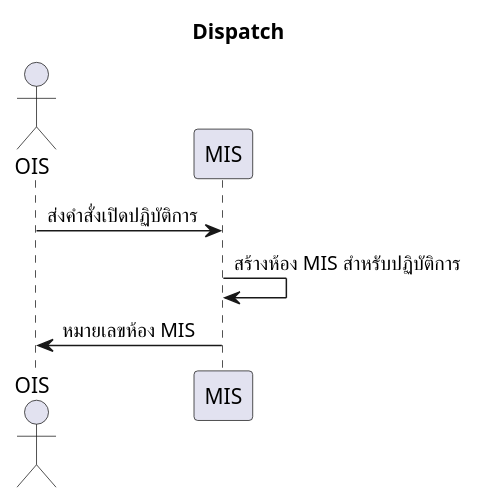
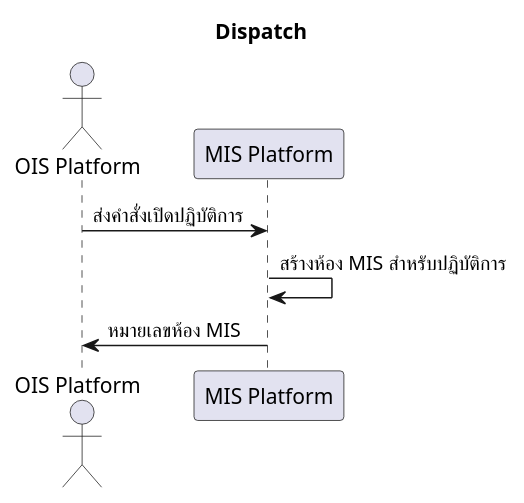
The diagram in uml/create_dispatch.plantuml (lionants02/mis-api-doc), drawn with PlantUML before and after one commit. The commit also changed 18 other files, not shown here.

```diff
--- a/uml/create_dispatch.plantuml
+++ b/uml/create_dispatch.plantuml
@@ -1,7 +1,7 @@
 @startuml
 Title Dispatch
-actor OIS
-  OIS -> MIS: ส่งคำสั่งเปิดปฏิบัติการ
-  MIS -> MIS: สร้างห้อง MIS สำหรับปฏิบัติการ
-  OIS <- MIS: หมายเลขห้อง MIS
+actor "OIS Platform" as OIS
+  OIS -> "MIS Platform": ส่งคำสั่งเปิดปฏิบัติการ
+  "MIS Platform" -> "MIS Platform": สร้างห้อง MIS สำหรับปฏิบัติการ
+  OIS <- "MIS Platform": หมายเลขห้อง MIS
 @enduml
```
